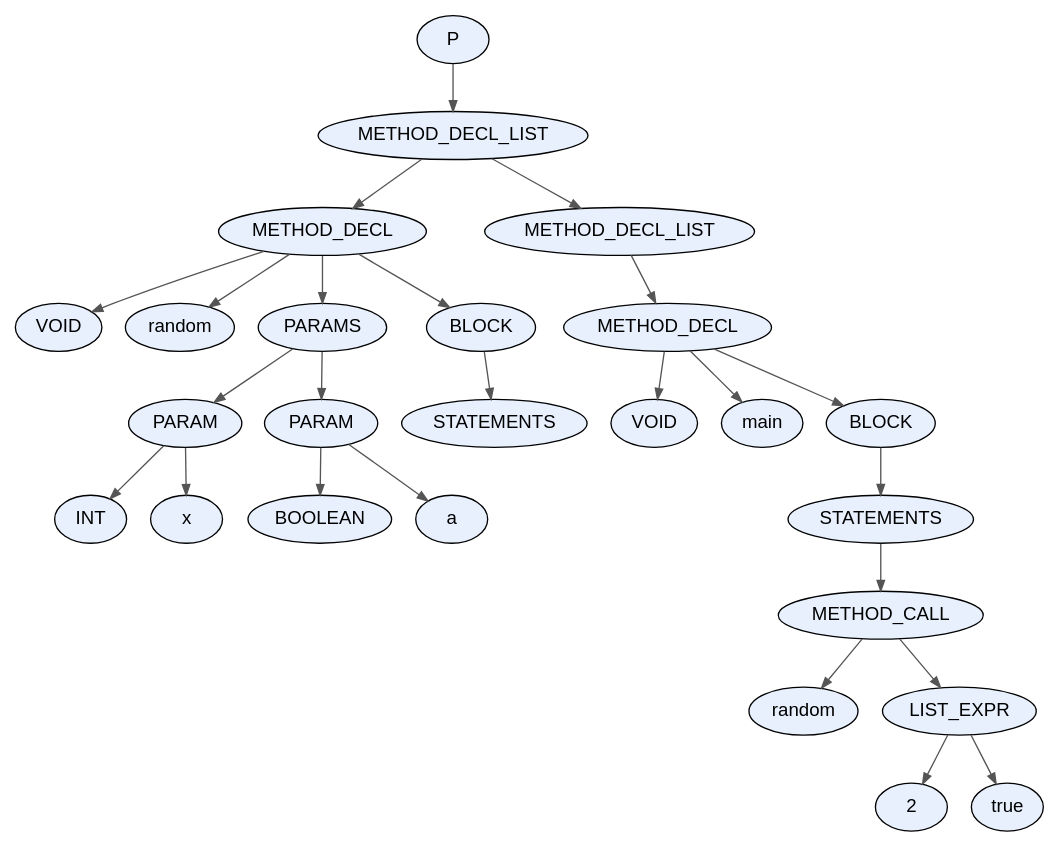
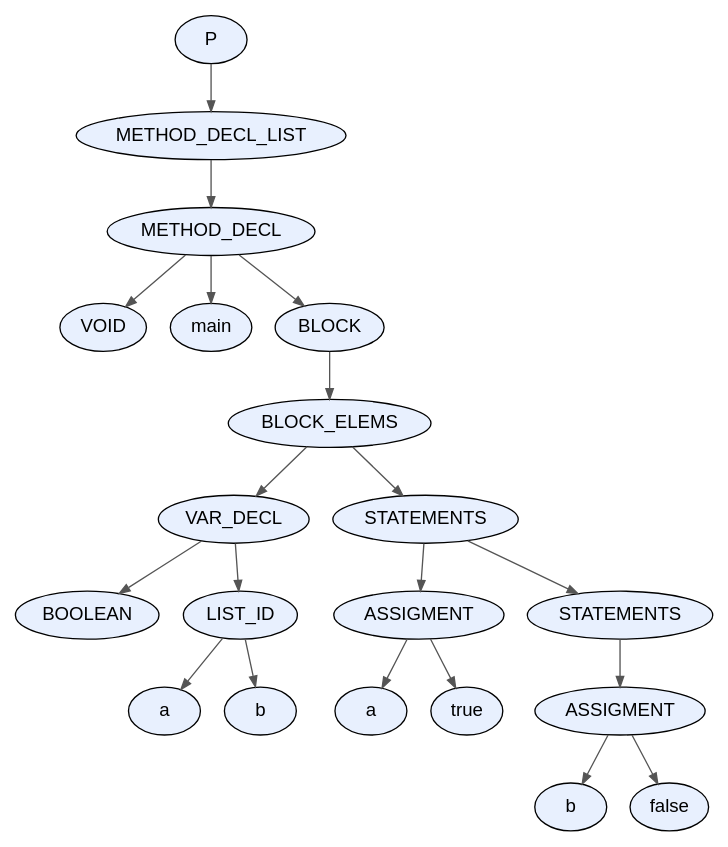
The diagram in proyecto/dot_files/test17.dot (facundo-dario-loser/TDS2026), drawn with Graphviz before and after one commit. The commit also changed 31 other files, not shown here.

```diff
--- a/proyecto/dot_files/test17.dot
+++ b/proyecto/dot_files/test17.dot
@@ -1,53 +1,43 @@
 digraph AST {
   node [fontname="Arial"];
   edge [arrowsize=0.8, color="#555555"];
-  "node_0x624cbfc1e1e0" [label="P", style=filled, fillcolor="#E8F0FE", shape=ellipse, style="rounded,filled"];
-  "node_0x624cbfc1e1e0" -> "node_0x624cbfc1e190";
-  "node_0x624cbfc1e190" [label="METHOD_DECL_LIST", style=filled, fillcolor="#E8F0FE", shape=ellipse, style="rounded,filled"];
-  "node_0x624cbfc1e190" -> "node_0x624cbfc1dd50";
-  "node_0x624cbfc1dd50" [label="METHOD_DECL", style=filled, fillcolor="#E8F0FE", shape=ellipse, style="rounded,filled"];
-  "node_0x624cbfc1dd50" -> "node_0x624cbfc1dc90";
-  "node_0x624cbfc1dc90" [label="VOID", style=filled, fillcolor="#E8F0FE", shape=ellipse, style="rounded,filled"];
-  "node_0x624cbfc1dd50" -> "node_0x624cbfc1dce0";
-  "node_0x624cbfc1dce0" [label="random", style=filled, fillcolor="#E8F0FE", shape=ellipse, style="rounded,filled"];
-  "node_0x624cbfc1dd50" -> "node_0x624cbfc1dba0";
-  "node_0x624cbfc1dba0" [label="PARAMS", style=filled, fillcolor="#E8F0FE", shape=ellipse, style="rounded,filled"];
-  "node_0x624cbfc1dba0" -> "node_0x624cbfc1da20";
-  "node_0x624cbfc1da20" [label="PARAM", style=filled, fillcolor="#E8F0FE", shape=ellipse, style="rounded,filled"];
-  "node_0x624cbfc1da20" -> "node_0x624cbfc1d940";
-  "node_0x624cbfc1d940" [label="INT", style=filled, fillcolor="#E8F0FE", shape=ellipse, style="rounded,filled"];
-  "node_0x624cbfc1da20" -> "node_0x624cbfc1d9b0";
-  "node_0x624cbfc1d9b0" [label="x", style=filled, fillcolor="#E8F0FE", shape=ellipse, style="rounded,filled"];
-  "node_0x624cbfc1dba0" -> "node_0x624cbfc1db50";
-  "node_0x624cbfc1db50" [label="PARAM", style=filled, fillcolor="#E8F0FE", shape=ellipse, style="rounded,filled"];
-  "node_0x624cbfc1db50" -> "node_0x624cbfc1da70";
-  "node_0x624cbfc1da70" [label="BOOLEAN", style=filled, fillcolor="#E8F0FE", shape=ellipse, style="rounded,filled"];
-  "node_0x624cbfc1db50" -> "node_0x624cbfc1dae0";
-  "node_0x624cbfc1dae0" [label="a", style=filled, fillcolor="#E8F0FE", shape=ellipse, style="rounded,filled"];
-  "node_0x624cbfc1dd50" -> "node_0x624cbfc1dc40";
-  "node_0x624cbfc1dc40" [label="BLOCK", style=filled, fillcolor="#E8F0FE", shape=ellipse, style="rounded,filled"];
-  "node_0x624cbfc1dc40" -> "node_0x624cbfc1dbf0";
-  "node_0x624cbfc1dbf0" [label="STATEMENTS", style=filled, fillcolor="#E8F0FE", shape=ellipse, style="rounded,filled"];
-  "node_0x624cbfc1e190" -> "node_0x624cbfc1e140";
-  "node_0x624cbfc1e140" [label="METHOD_DECL_LIST", style=filled, fillcolor="#E8F0FE", shape=ellipse, style="rounded,filled"];
-  "node_0x624cbfc1e140" -> "node_0x624cbfc1e0f0";
-  "node_0x624cbfc1e0f0" [label="METHOD_DECL", style=filled, fillcolor="#E8F0FE", shape=ellipse, style="rounded,filled"];
-  "node_0x624cbfc1e0f0" -> "node_0x624cbfc1e030";
-  "node_0x624cbfc1e030" [label="VOID", style=filled, fillcolor="#E8F0FE", shape=ellipse, style="rounded,filled"];
-  "node_0x624cbfc1e0f0" -> "node_0x624cbfc1e080";
-  "node_0x624cbfc1e080" [label="main", style=filled, fillcolor="#E8F0FE", shape=ellipse, style="rounded,filled"];
-  "node_0x624cbfc1e0f0" -> "node_0x624cbfc1dfe0";
-  "node_0x624cbfc1dfe0" [label="BLOCK", style=filled, fillcolor="#E8F0FE", shape=ellipse, style="rounded,filled"];
-  "node_0x624cbfc1dfe0" -> "node_0x624cbfc1df90";
-  "node_0x624cbfc1df90" [label="STATEMENTS", style=filled, fillcolor="#E8F0FE", shape=ellipse, style="rounded,filled"];
-  "node_0x624cbfc1df90" -> "node_0x624cbfc1df40";
-  "node_0x624cbfc1df40" [label="METHOD_CALL", style=filled, fillcolor="#E8F0FE", shape=ellipse, style="rounded,filled"];
-  "node_0x624cbfc1df40" -> "node_0x624cbfc1ded0";
-  "node_0x624cbfc1ded0" [label="random", style=filled, fillcolor="#E8F0FE", shape=ellipse, style="rounded,filled"];
-  "node_0x624cbfc1df40" -> "node_0x624cbfc1de80";
-  "node_0x624cbfc1de80" [label="LIST_EXPR", style=filled, fillcolor="#E8F0FE", shape=ellipse, style="rounded,filled"];
-  "node_0x624cbfc1de80" -> "node_0x624cbfc1dde0";
-  "node_0x624cbfc1dde0" [label="2", style=filled, fillcolor="#E8F0FE", shape=ellipse, style="rounded,filled"];
-  "node_0x624cbfc1de80" -> "node_0x624cbfc1de30";
-  "node_0x624cbfc1de30" [label="true", style=filled, fillcolor="#E8F0FE", shape=ellipse, style="rounded,filled"];
+  "node_0x5fa5384a3ee0" [label="P", style=filled, fillcolor="#E8F0FE", shape=ellipse, style="rounded,filled"];
+  "node_0x5fa5384a3ee0" -> "node_0x5fa5384a3e90";
+  "node_0x5fa5384a3e90" [label="METHOD_DECL_LIST", style=filled, fillcolor="#E8F0FE", shape=ellipse, style="rounded,filled"];
+  "node_0x5fa5384a3e90" -> "node_0x5fa5384a3e40";
+  "node_0x5fa5384a3e40" [label="METHOD_DECL", style=filled, fillcolor="#E8F0FE", shape=ellipse, style="rounded,filled"];
+  "node_0x5fa5384a3e40" -> "node_0x5fa5384a3d80";
+  "node_0x5fa5384a3d80" [label="VOID", style=filled, fillcolor="#E8F0FE", shape=ellipse, style="rounded,filled"];
+  "node_0x5fa5384a3e40" -> "node_0x5fa5384a3dd0";
+  "node_0x5fa5384a3dd0" [label="main", style=filled, fillcolor="#E8F0FE", shape=ellipse, style="rounded,filled"];
+  "node_0x5fa5384a3e40" -> "node_0x5fa5384a3d30";
+  "node_0x5fa5384a3d30" [label="BLOCK", style=filled, fillcolor="#E8F0FE", shape=ellipse, style="rounded,filled"];
+  "node_0x5fa5384a3d30" -> "node_0x5fa5384a3ce0";
+  "node_0x5fa5384a3ce0" [label="BLOCK_ELEMS", style=filled, fillcolor="#E8F0FE", shape=ellipse, style="rounded,filled"];
+  "node_0x5fa5384a3ce0" -> "node_0x5fa5384a3710";
+  "node_0x5fa5384a3710" [label="VAR_DECL", style=filled, fillcolor="#E8F0FE", shape=ellipse, style="rounded,filled"];
+  "node_0x5fa5384a3710" -> "node_0x5fa5384a3550";
+  "node_0x5fa5384a3550" [label="BOOLEAN", style=filled, fillcolor="#E8F0FE", shape=ellipse, style="rounded,filled"];
+  "node_0x5fa5384a3710" -> "node_0x5fa5384a36c0";
+  "node_0x5fa5384a36c0" [label="LIST_ID", style=filled, fillcolor="#E8F0FE", shape=ellipse, style="rounded,filled"];
+  "node_0x5fa5384a36c0" -> "node_0x5fa5384a3650";
+  "node_0x5fa5384a3650" [label="a", style=filled, fillcolor="#E8F0FE", shape=ellipse, style="rounded,filled"];
+  "node_0x5fa5384a36c0" -> "node_0x5fa5384a35e0";
+  "node_0x5fa5384a35e0" [label="b", style=filled, fillcolor="#E8F0FE", shape=ellipse, style="rounded,filled"];
+  "node_0x5fa5384a3ce0" -> "node_0x5fa5384a3c90";
+  "node_0x5fa5384a3c90" [label="STATEMENTS", style=filled, fillcolor="#E8F0FE", shape=ellipse, style="rounded,filled"];
+  "node_0x5fa5384a3c90" -> "node_0x5fa5384a3980";
+  "node_0x5fa5384a3980" [label="ASSIGMENT", style=filled, fillcolor="#E8F0FE", shape=ellipse, style="rounded,filled"];
+  "node_0x5fa5384a3980" -> "node_0x5fa5384a3910";
+  "node_0x5fa5384a3910" [label="a", style=filled, fillcolor="#E8F0FE", shape=ellipse, style="rounded,filled"];
+  "node_0x5fa5384a3980" -> "node_0x5fa5384a41c0";
+  "node_0x5fa5384a41c0" [label="true", style=filled, fillcolor="#E8F0FE", shape=ellipse, style="rounded,filled"];
+  "node_0x5fa5384a3c90" -> "node_0x5fa5384a3c40";
+  "node_0x5fa5384a3c40" [label="STATEMENTS", style=filled, fillcolor="#E8F0FE", shape=ellipse, style="rounded,filled"];
+  "node_0x5fa5384a3c40" -> "node_0x5fa5384a3bf0";
+  "node_0x5fa5384a3bf0" [label="ASSIGMENT", style=filled, fillcolor="#E8F0FE", shape=ellipse, style="rounded,filled"];
+  "node_0x5fa5384a3bf0" -> "node_0x5fa5384a3b80";
+  "node_0x5fa5384a3b80" [label="b", style=filled, fillcolor="#E8F0FE", shape=ellipse, style="rounded,filled"];
+  "node_0x5fa5384a3bf0" -> "node_0x5fa5384a4310";
+  "node_0x5fa5384a4310" [label="false", style=filled, fillcolor="#E8F0FE", shape=ellipse, style="rounded,filled"];
 }
```
